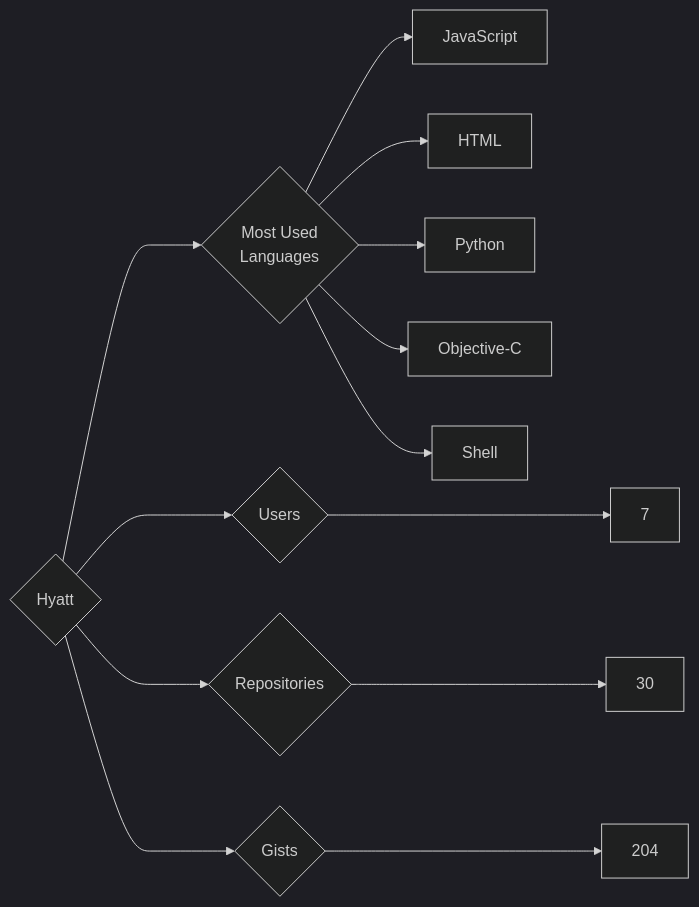
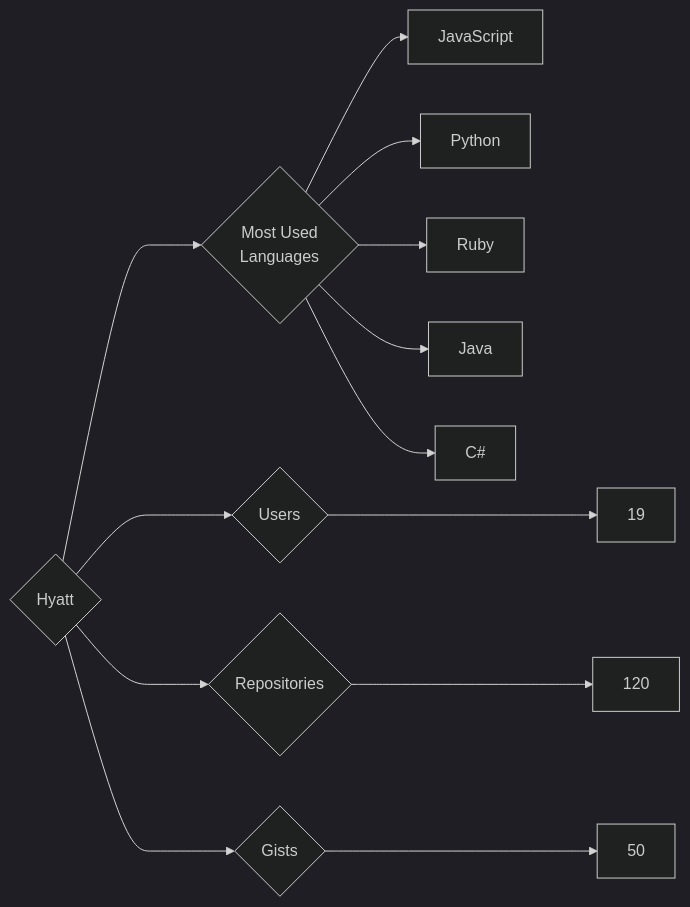
One commit to trickest/insiders changed the diagram in targets/Hyatt/README.md. Above: the diagram before and after it, drawn with Mermaid (dark theme). The commit also changed 934 other files, not shown here.

````diff
--- a/targets/Hyatt/README.md
+++ b/targets/Hyatt/README.md
@@ -3,13 +3,13 @@
 ```mermaid
 graph LR
 COMPANY_NAME{Hyatt}
-COMPANY_NAME ---> U{Users} ---> UN[7]
-COMPANY_NAME ---> R{Repositories} ---> RN[30]
-COMPANY_NAME ---> G{Gists} ---> GN[204]
+COMPANY_NAME ---> U{Users} ---> UN[19]
+COMPANY_NAME ---> R{Repositories} ---> RN[120]
+COMPANY_NAME ---> G{Gists} ---> GN[50]
 COMPANY_NAME ---> ML{Most Used<br>Languages}
 ML --> JavaScript[JavaScript]
-ML --> HTML[HTML]
 ML --> Python[Python]
-ML --> Objective-C[Objective-C]
-ML --> Shell[Shell]
+ML --> Ruby[Ruby]
+ML --> Java[Java]
+ML --> C#[C#]
 ```
````
